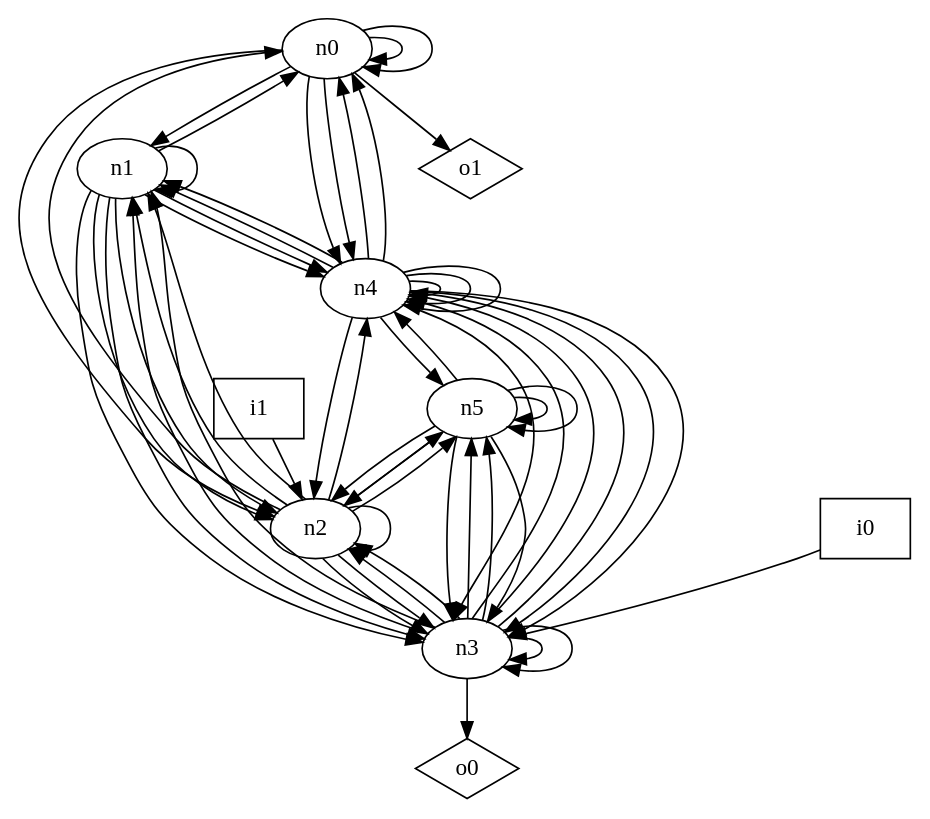
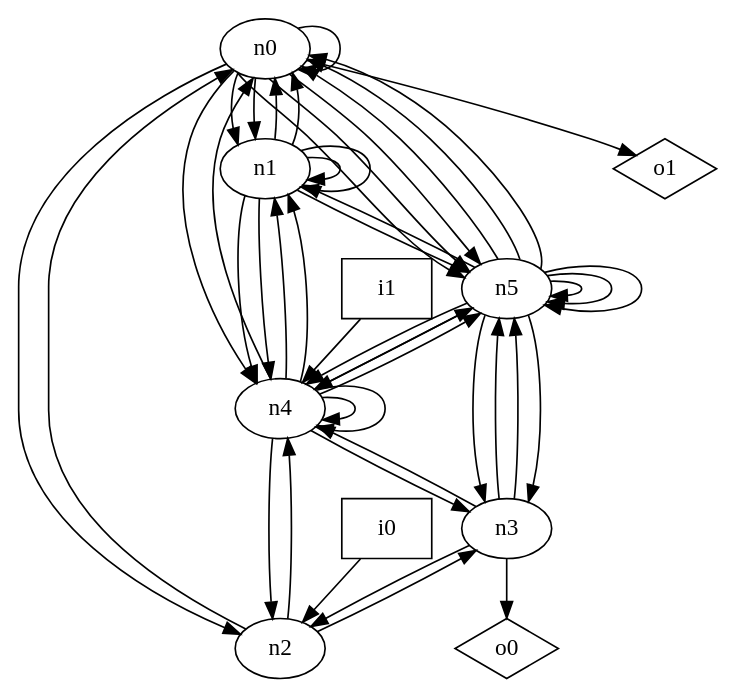
The diagram in dot_files/random/random_undirected_graph.dot (p9romain/bool-circuits), drawn with Graphviz before and after one commit. The commit also changed 29 other files, not shown here.

```diff
--- a/dot_files/random/random_undirected_graph.dot
+++ b/dot_files/random/random_undirected_graph.dot
@@ -1,69 +1,58 @@
 digraph G {
 n0 [label="n0"];
 n1 [label="n1"];
 n2 [label="n2"];
 n3 [label="n3"];
 n4 [label="n4"];
 n5 [label="n5"];
 n6 [label="i0",shape="box"];
 n7 [label="i1",shape="box"];
 n8 [label="o0",shape="diamond"];
 n9 [label="o1",shape="diamond"];
 n0 -> n0
-n0 -> n0
+n0 -> n1
 n0 -> n1
 n0 -> n2
 n0 -> n4
-n0 -> n4
+n0 -> n5
+n0 -> n5
+n0 -> n5
 n0 -> n9
 n1 -> n0
+n1 -> n0
 n1 -> n1
-n1 -> n2
-n1 -> n2
-n1 -> n3
-n1 -> n3
+n1 -> n1
 n1 -> n4
 n1 -> n4
+n1 -> n5
 n2 -> n0
-n2 -> n1
-n2 -> n1
-n2 -> n2
-n2 -> n3
 n2 -> n3
 n2 -> n4
-n2 -> n5
-n2 -> n5
-n3 -> n1
-n3 -> n1
 n3 -> n2
-n3 -> n2
-n3 -> n3
-n3 -> n3
-n3 -> n4
-n3 -> n4
 n3 -> n4
 n3 -> n5
 n3 -> n5
 n3 -> n8
 n4 -> n0
-n4 -> n0
 n4 -> n1
 n4 -> n1
 n4 -> n2
 n4 -> n3
-n4 -> n3
-n4 -> n3
-n4 -> n4
 n4 -> n4
 n4 -> n4
 n4 -> n5
-n5 -> n2
-n5 -> n2
+n4 -> n5
+n5 -> n0
+n5 -> n0
+n5 -> n0
+n5 -> n1
 n5 -> n3
 n5 -> n3
 n5 -> n4
+n5 -> n4
 n5 -> n5
 n5 -> n5
-n6 -> n3
-n7 -> n2
+n5 -> n5
+n6 -> n2
+n7 -> n4
 }
```
